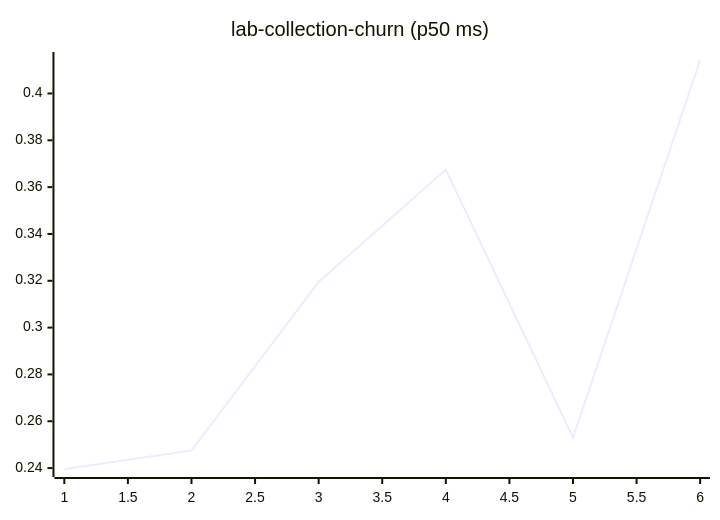
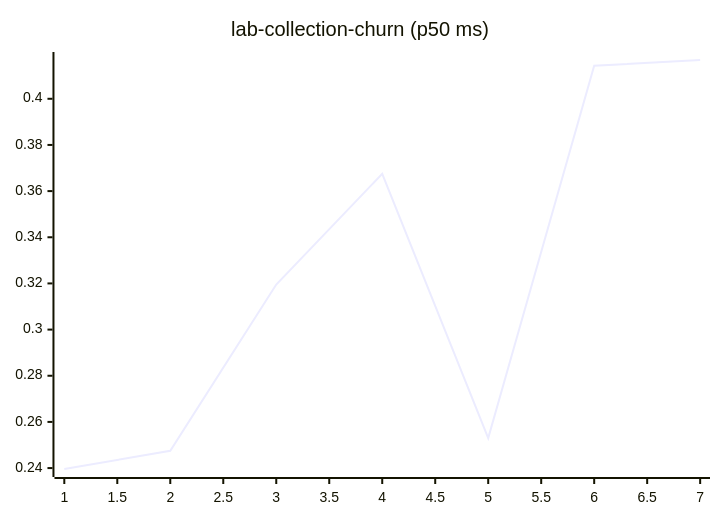
One commit to josha/Facet changed diagram 11 of 27 in README.md. Above: the diagram before and after it, drawn with Mermaid. The commit also changed other lines of this file and 2 other files, not shown here.

````diff
--- a/README.md
+++ b/README.md
@@ -133,6 +133,6 @@
 ```mermaid
 xychart-beta
     title "lab-collection-churn (p50 ms)"
-    x-axis 1 --> 6
-    line [0.2396, 0.2475, 0.3195, 0.3675, 0.2530, 0.4143]
+    x-axis 1 --> 7
+    line [0.2396, 0.2475, 0.3195, 0.3675, 0.2530, 0.4143, 0.4168]
 ```
````
